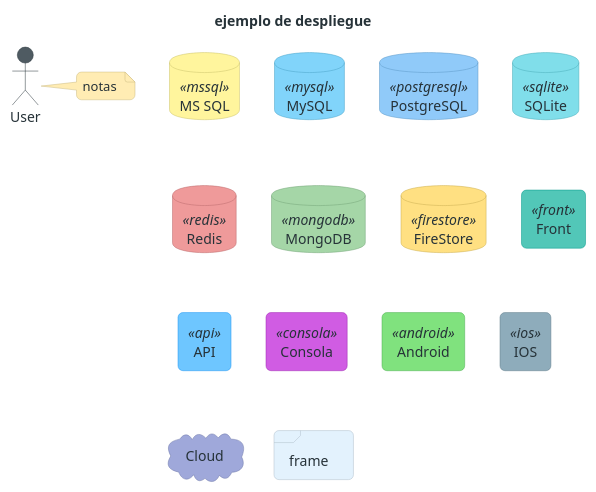
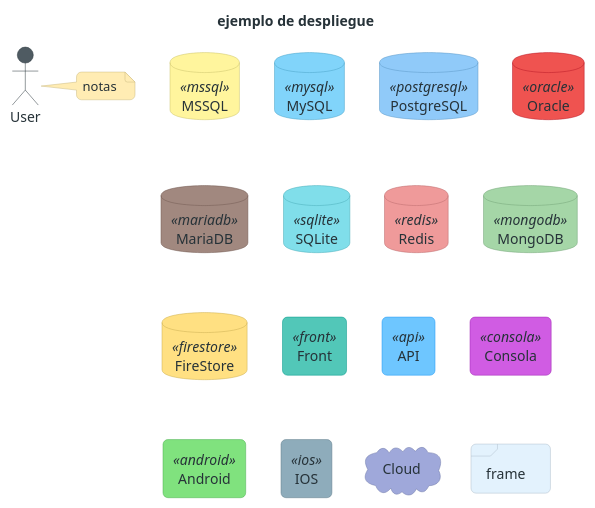
Before and after one commit to AkeUs/config-files: the diagram in plant-uml/despliegue.wsd, drawn with PlantUML.

Commit message:
feat: se agregan estilos para oracle y mariadb

```diff
--- a/plant-uml/despliegue.wsd
+++ b/plant-uml/despliegue.wsd
@@ -1,105 +1,113 @@
 @startuml
 title ejemplo de despliegue
 
 ' estilos
 skinparam roundCorner 10
 skinparam DefaultFontName "Consolas"
 skinparam DefaultFontColor #263238
 skinparam ArrowColor #263238
 
 skinparam database {
     ' SQL
     BackgroundColor<<mssql>> #fff59d
     BorderColor<<mssql>> #cbc26d
 
     BackgroundColor<<mysql>> #81d4fa
     BorderColor<<mysql>> #4ba3c7
 
     BackgroundColor<<postgresql>> #90caf9
     BorderColor<<postgresql>> #5d99c6
 
     BackgroundColor<<sqlite>> #80deea
     BorderColor<<sqlite>> #4bacb8
+
+    BackgroundColor<<oracle>> #ef5350
+    BorderColor<<oracle>> #b61827
+
+    BackgroundColor<<mariadb>> #a1887f
+    BorderColor<<mariadb>> #725b53
 
     ' NoSQL
     BackgroundColor<<redis>> #ef9a9a
     BorderColor<<redis>> #ba6b6c
 
     BackgroundColor<<mongodb>> #a5d6a7
     BorderColor<<mongodb>> #75a478
 
     BackgroundColor<<firestore>> #ffe082
     BorderColor<<firestore>> #caae53
 }
 
 skinparam queue {
     BackgroundColor<<kafka>> #ffcc80
     BorderColor<<kafka>> #ca9b52
 }
 
 skinparam rectangle {
     BackgroundColor<<front>> #52c7b8
     BorderColor<<front>> #009688
 
     BackgroundColor<<api>> #6ec6ff
     BorderColor<<api>> #2196f3
 
     BackgroundColor<<consola>> #d05ce3
     BorderColor<<consola>> #9c27b0
 
     BackgroundColor<<android>> #80e27e
     BorderColor<<android>> #4caf50
 
     BackgroundColor<<ios>> #8eacbb
     BorderColor<<ios>> #607d8b
 }
 
 skinparam frame {
     BackgroundColor #e3f2fd
     BorderColor #b1bfca
 }
 
 skinparam actor {
     BackgroundColor #4f5b62
     BorderColor #263238
 }
 
 skinparam cloud {
     BackgroundColor #9fa8da
     BorderColor #6f79a8
 }
 
 skinparam note {
     BackgroundColor #ffecb3
     BorderColor #cbba83
 }
 
 ' SQL
-database "MS SQL" <<mssql>> as mssql
+database "MSSQL" <<mssql>> as mssql
 database "MySQL" <<mysql>> as mysql
 database "PostgreSQL" <<postgresql>> as postgresql
+database "Oracle" <<oracle>> as oracle
+database "MariaDB" <<mariadb>> as mariadb
 database "SQLite" <<sqlite>> as sqlite
 
 ' NoSQL
 database "Redis" <<redis>> as redis
 database "MongoDB" <<mongodb>> as mongodb
 database "FireStore" <<firestore>> as firestore
 
 ' apps
 rectangle "Front" <<front>> as front
 rectangle "API" <<api>> as api
 rectangle "Consola" <<consola>> as consola
 
 ' mobile
 rectangle "Android" <<android>> as android
 rectangle "IOS" <<ios>> as ios
 
 cloud "Cloud" as customCloud
 actor "User" as user
 frame "frame" as frame
 note right of user
  notas 
 endnote
 
 
 @enduml
```
